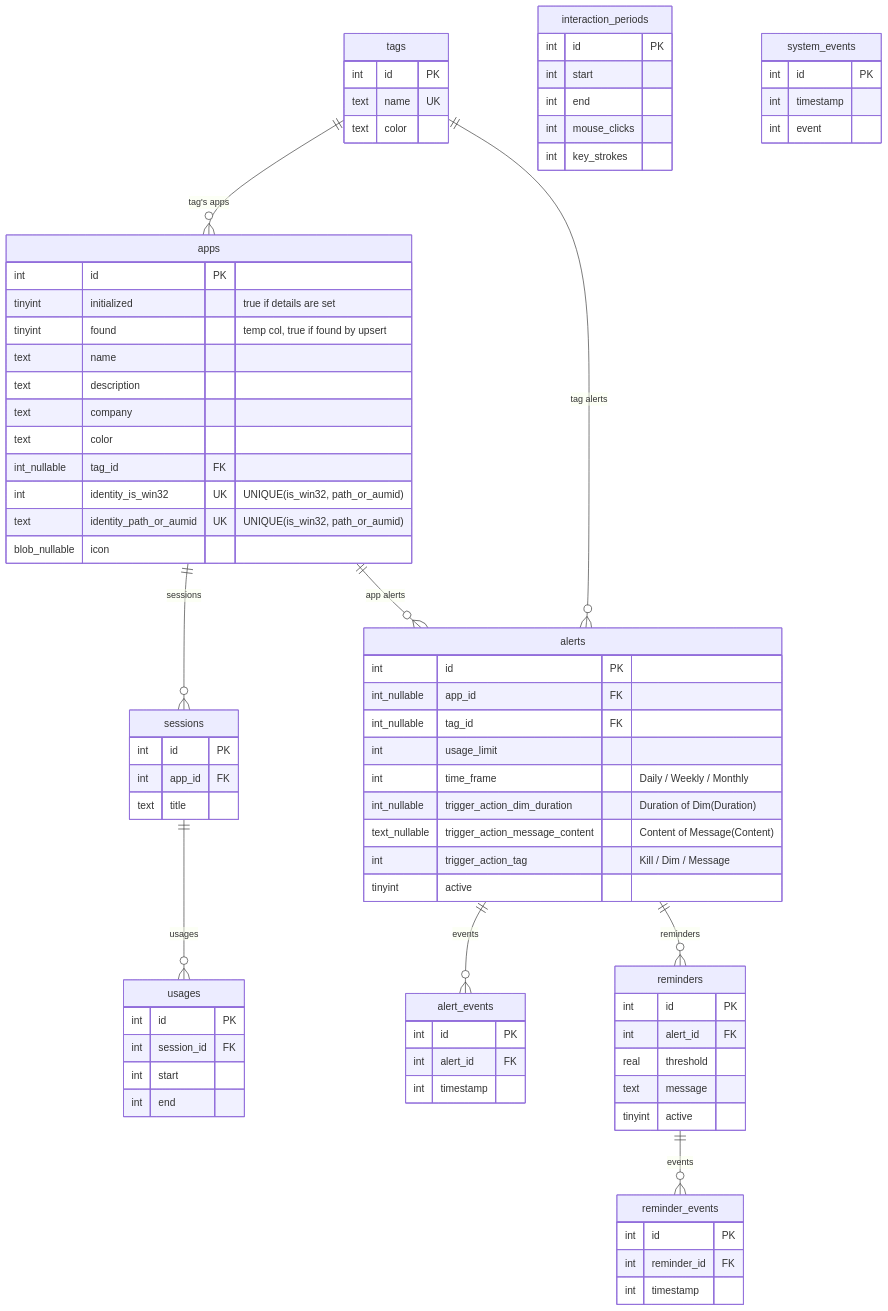
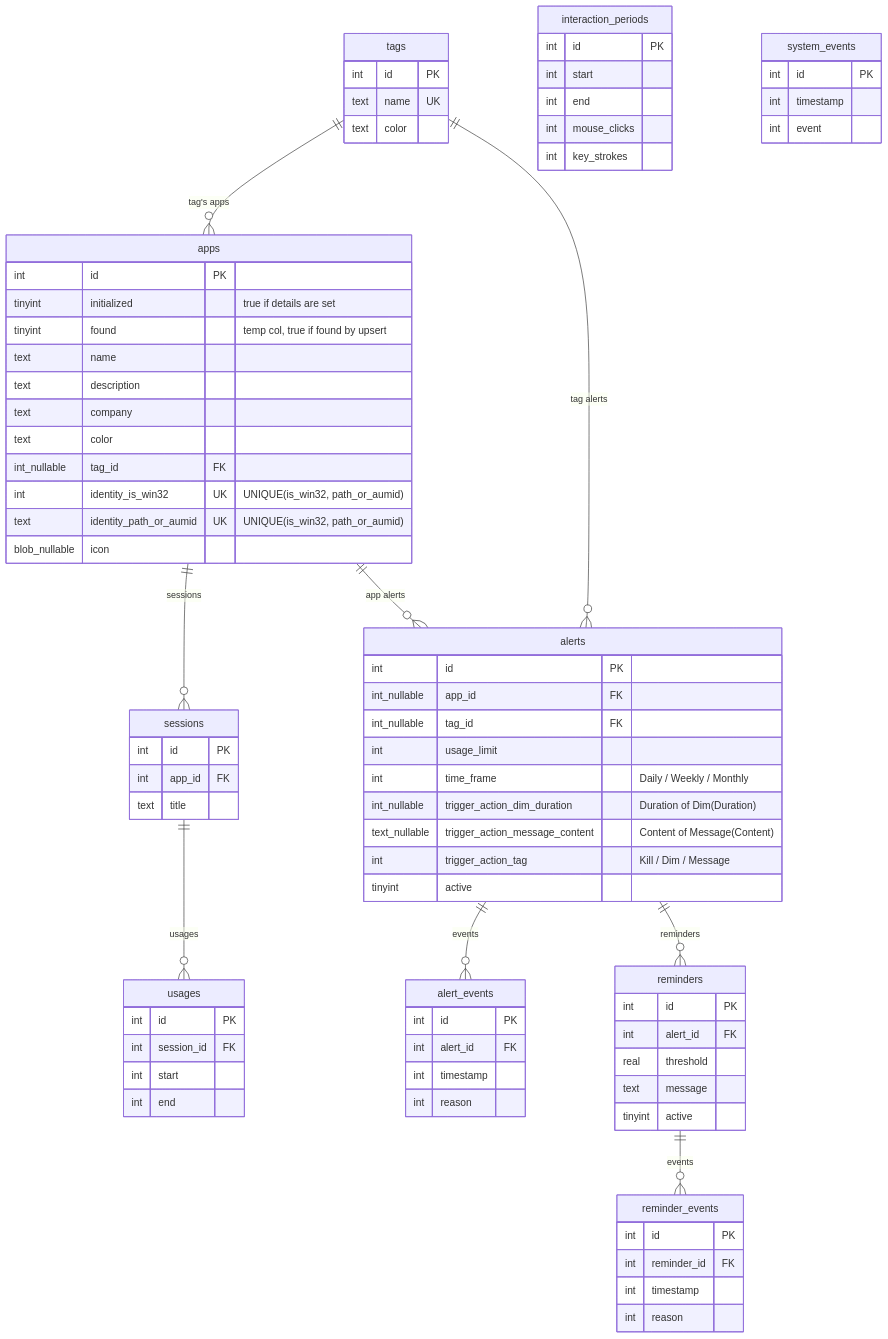
One commit to Enigmatrix/Cobalt changed the second of 2 diagrams in docs/ARCHITECTURE.md. Above: the diagram before and after it, drawn with Mermaid.

Commit message:
feat(docs): add reason field to reminders and alerts in ER diagram

```diff
--- a/docs/ARCHITECTURE.md
+++ b/docs/ARCHITECTURE.md
@@ -197,6 +197,7 @@
         int             id PK
         int             alert_id FK
         int             timestamp
+        int             reason
     }
 
     reminders {
@@ -211,6 +212,7 @@
         int             id PK
         int             reminder_id FK
         int             timestamp
+        int             reason
     }
 
     apps ||--o{ sessions : sessions
```
